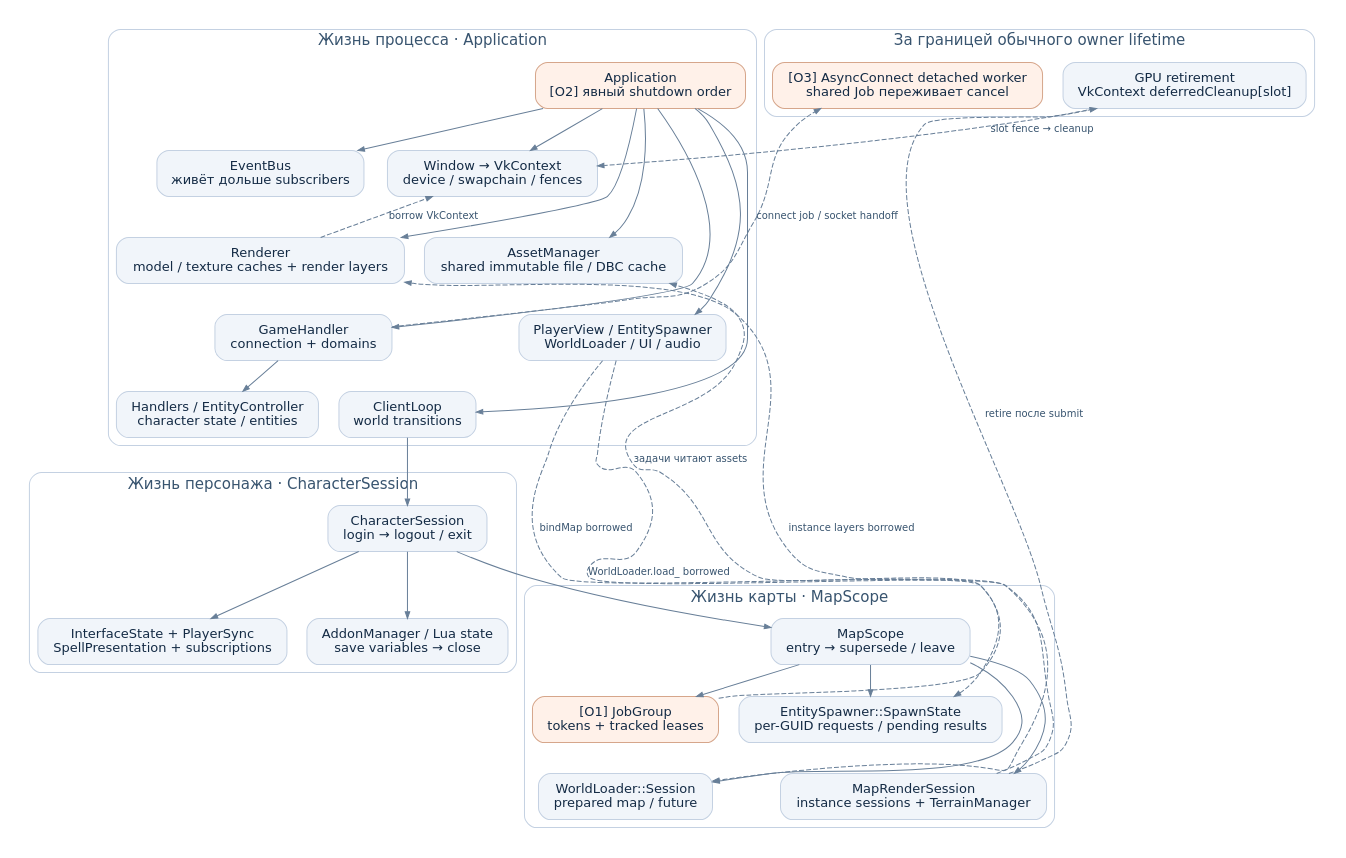
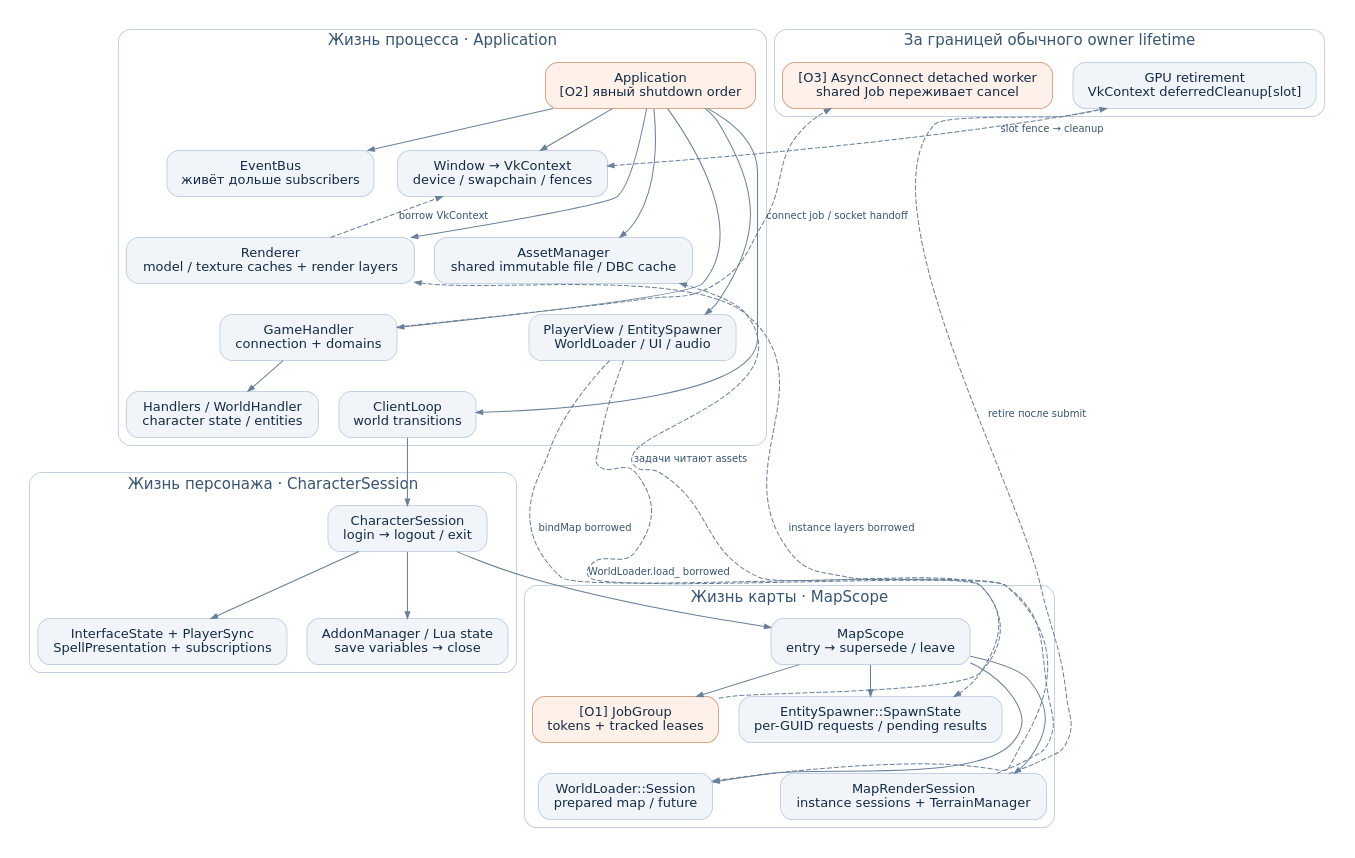
The diagram in docs/architecture-atlas/diagrams/05-ownership-lifetime.dot (atorian/WoWee), drawn with Graphviz before and after one commit. The commit also changed 26 other files, not shown here.

First line of the commit message:
Rebuild the architecture atlas for 2026-10-31

```diff
--- a/docs/architecture-atlas/diagrams/05-ownership-lifetime.dot
+++ b/docs/architecture-atlas/diagrams/05-ownership-lifetime.dot
@@ -1,69 +1,69 @@
 digraph atlas {
 graph [rankdir=TB, newrank=true, bgcolor="white", pad="0.2", nodesep="0.28", ranksep="0.4", compound=true, fontname="DejaVu Sans", fontsize=15];
 node [shape=box, style="rounded,filled", fillcolor="#f1f5fa", color="#c4d1e2", fontcolor="#142b45", fontname="DejaVu Sans", fontsize=13, margin="0.18,0.13"];
 edge [color="#687f98", fontcolor="#38546f", fontname="DejaVu Sans", fontsize=10, arrowsize=0.65];
 subgraph cluster_process {
 label="Жизнь процесса · Application"; style="rounded"; color="#c4d1e2"; fontcolor="#38546f";
 app [label="Application\n[O2] явный shutdown order",fillcolor="#fff1e9",color="#d6a68b"];
 bus [label="EventBus\nживёт дольше subscribers"];
 window [label="Window → VkContext\ndevice / swapchain / fences"];
 renderer [label="Renderer\nmodel / texture caches + render layers"];
 assets [label="AssetManager\nshared immutable file / DBC cache"];
 gh [label="GameHandler\nconnection + domains"];
-entities [label="Handlers / EntityController\ncharacter state / entities"];
+entities [label="Handlers / WorldHandler\ncharacter state / entities"];
 front [label="PlayerView / EntitySpawner\nWorldLoader / UI / audio"];
 loop [label="ClientLoop\nworld transitions"];
 }
 subgraph cluster_character {
 label="Жизнь персонажа · CharacterSession"; style="rounded"; color="#c4d1e2"; fontcolor="#38546f";
 session [label="CharacterSession\nlogin → logout / exit"];
 character [label="InterfaceState + PlayerSync\nSpellPresentation + subscriptions"];
 lua [label="AddonManager / Lua state\nsave variables → close"];
 }
 subgraph cluster_map {
 label="Жизнь карты · MapScope"; style="rounded"; color="#c4d1e2"; fontcolor="#38546f";
 map [label="MapScope\nentry → supersede / leave"];
 jobs [label="[O1] JobGroup\ntokens + tracked leases",fillcolor="#fff1e9",color="#d6a68b"];
 spawnstate [label="EntitySpawner::SpawnState\nper-GUID requests / pending results"];
 load [label="WorldLoader::Session\nprepared map / future"];
 renderSession [label="MapRenderSession\ninstance sessions + TerrainManager"];
 }
 subgraph cluster_special {
 label="За границей обычного owner lifetime"; style="rounded"; color="#c4d1e2"; fontcolor="#38546f";
 retire [label="GPU retirement\nVkContext deferredCleanup[slot]"];
 connector [label="[O3] AsyncConnect detached worker\nshared Job переживает cancel",fillcolor="#fff1e9",color="#d6a68b"];
 }
 app -> bus [];
 app -> window [];
 app -> renderer [];
 app -> assets [];
 app -> gh [];
 app -> front [];
 app -> loop [];
 gh -> entities [];
 loop -> session [];
 session -> character [];
 session -> lua [];
 session -> map [];
 map -> jobs [];
 map -> spawnstate [];
 map -> load [];
 map -> renderSession [];
 renderer -> window [label="borrow VkContext",style=dashed,constraint=false];
 front -> spawnstate [label="bindMap borrowed",style=dashed,constraint=false];
 front -> load [label="WorldLoader.load_ borrowed",style=dashed,constraint=false];
 renderSession -> renderer [label="instance layers borrowed",style=dashed,constraint=false];
 jobs -> assets [label="задачи читают assets",style=dashed,constraint=false];
 renderSession -> retire [label="retire после submit",style=dashed,constraint=false];
 retire -> window [label="slot fence → cleanup",style=dashed,constraint=false];
 gh -> connector [label="connect job / socket handoff",style=dashed,constraint=false];
 {rank=same; bus; window;}
 {rank=same; renderer; assets;}
 {rank=same; gh; front;}
 {rank=same; jobs; spawnstate;}
 {rank=same; load; renderSession;}
 bus -> renderer [style=invis,weight=5];
 renderer -> gh [style=invis,weight=5];
 gh -> loop [style=invis,weight=5];
 jobs -> load [style=invis,weight=5];
 }
```
